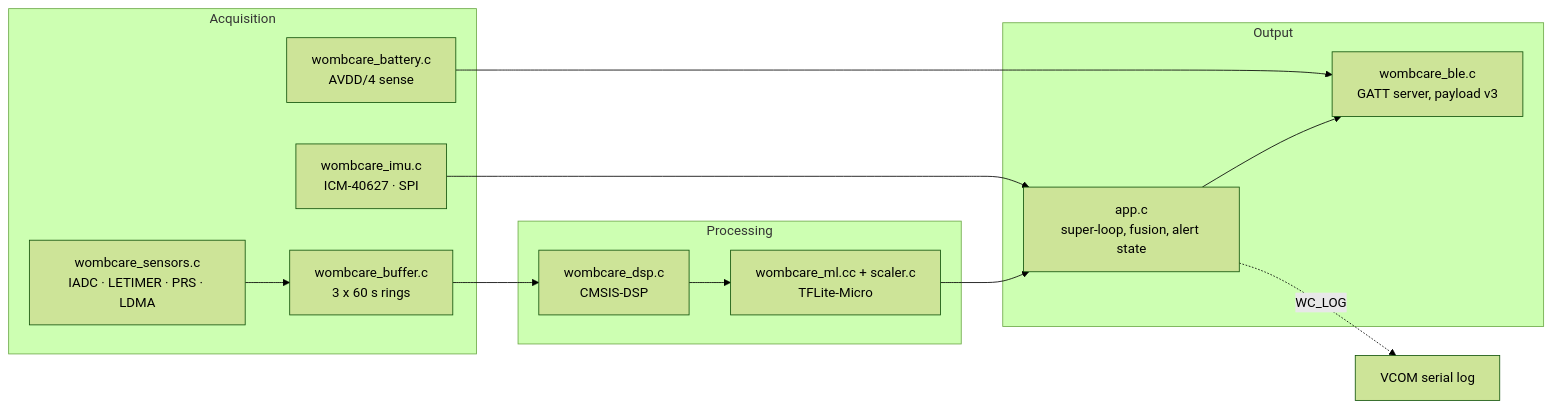
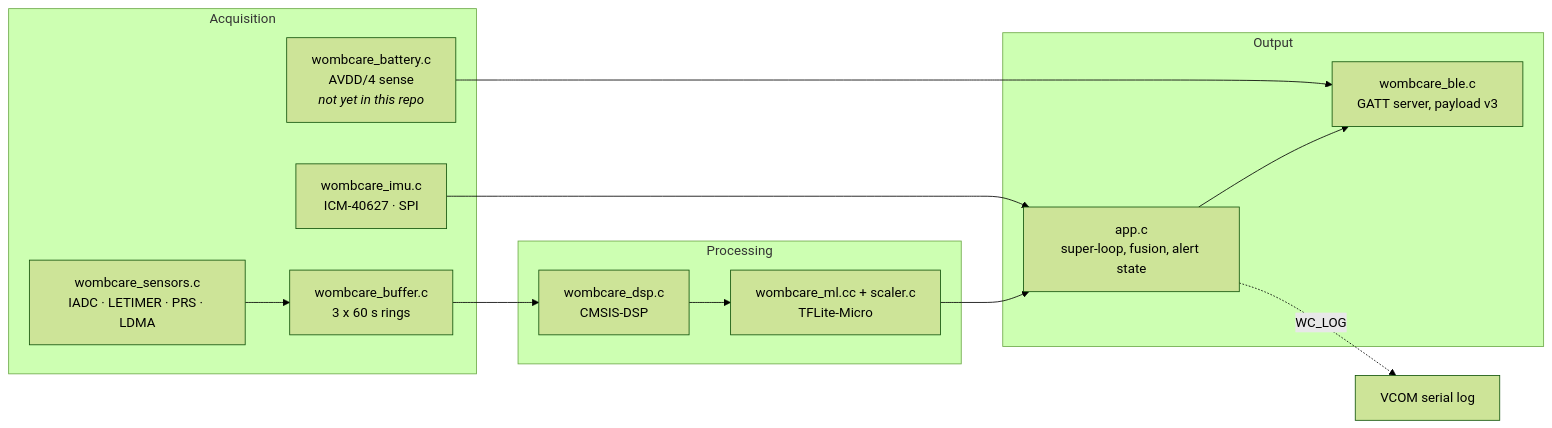
The third of 10 diagrams in README.md (U-Phorian/icc-26-WombCare-Silicovegas), drawn with Mermaid (forest theme) before and after one commit. The commit also changed other lines of this file and 2 other files, not shown here.

````diff
--- a/README.md
+++ b/README.md
@@ -235,21 +253,21 @@
 ```mermaid
 flowchart LR
     subgraph ACQ["Acquisition"]
         S["wombcare_sensors.c<br/>IADC · LETIMER · PRS · LDMA"]
         B["wombcare_buffer.c<br/>3 x 60 s rings"]
         I["wombcare_imu.c<br/>ICM-40627 · SPI"]
-        BAT["wombcare_battery.c<br/>AVDD/4 sense"]
+        BAT["wombcare_battery.c<br/>AVDD/4 sense<br/><i>not yet in this repo</i>"]
     end
     subgraph PROC["Processing"]
         D["wombcare_dsp.c<br/>CMSIS-DSP"]
         M["wombcare_ml.cc + scaler.c<br/>TFLite-Micro"]
     end
     subgraph OUT["Output"]
         A["app.c<br/>super-loop, fusion, alert state"]
         BL["wombcare_ble.c<br/>GATT server, payload v3"]
     end
     S --> B --> D --> M --> A --> BL
     I --> A
     BAT --> BL
     A -.->|"WC_LOG"| LOG["VCOM serial log"]
 ```
````
